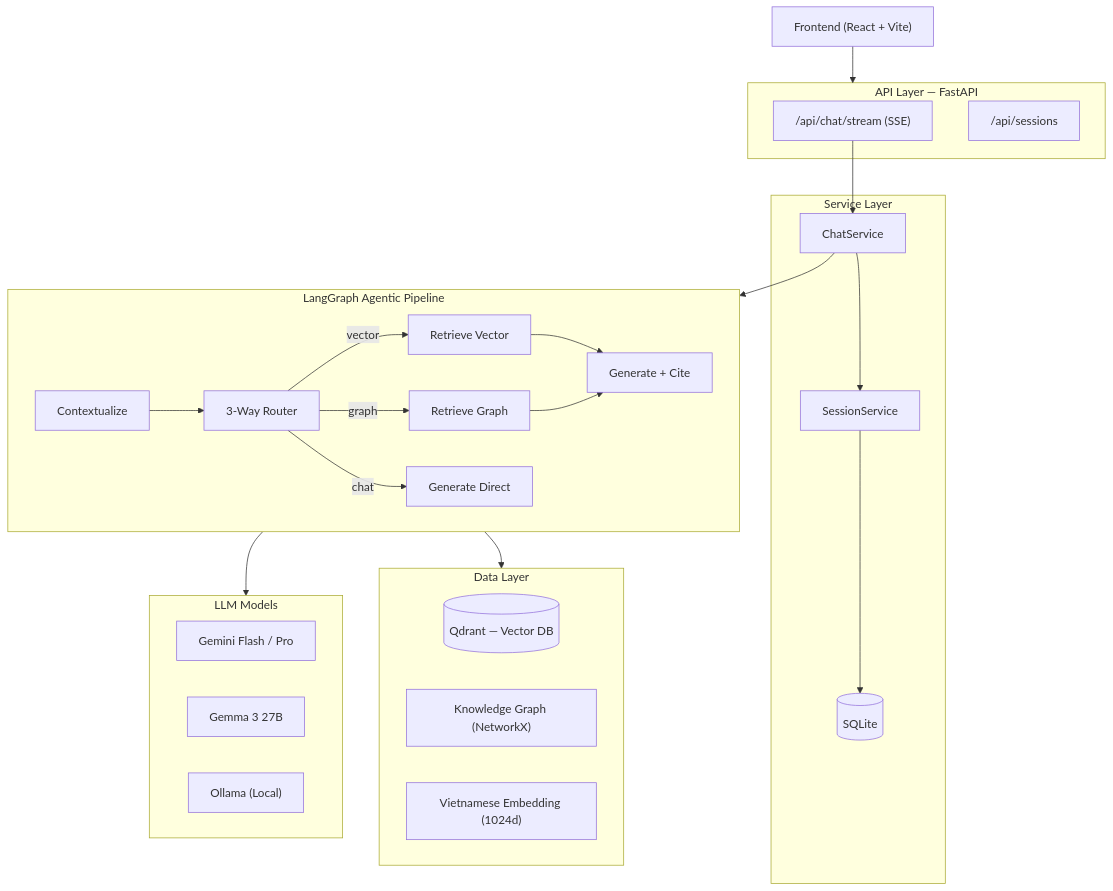
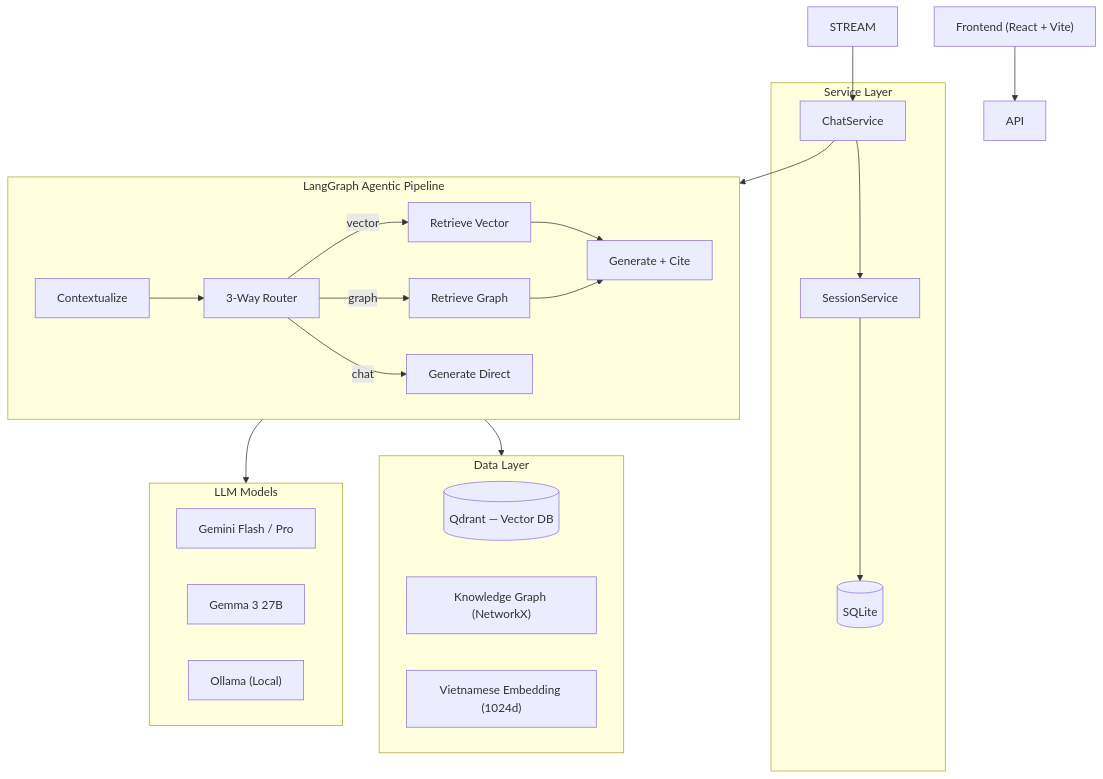
Before and after one commit to cakho6179/RagLaw: the first of 2 diagrams in README.md, drawn with Mermaid.

Commit message:
Update flowchart by removing API subgraph
Removed API subgraph from the flowchart in README.

````diff
--- a/README.md
+++ b/README.md
@@ -92,41 +92,37 @@
 ```mermaid
 flowchart TB
     Client["Frontend (React + Vite)"] --> API
 
-    subgraph API["API Layer — FastAPI"]
-        STREAM["/api/chat/stream (SSE)"]
-        SESS["/api/sessions"]
-    end
 
     subgraph Service["Service Layer"]
         CS["ChatService"] --> SS["SessionService"]
         SS --> DB[("SQLite")]
     end
 
     subgraph Pipeline["LangGraph Agentic Pipeline"]
         direction LR
         CTX["Contextualize"] --> ROUTE["3-Way Router"]
         ROUTE -->|vector| RV["Retrieve Vector"]
         ROUTE -->|graph| RG["Retrieve Graph"]
         ROUTE -->|chat| GD["Generate Direct"]
         RV --> GEN["Generate + Cite"]
         RG --> GEN
     end
 
     subgraph Data["Data Layer"]
         QD[("Qdrant — Vector DB")]
         KG["Knowledge Graph (NetworkX)"]
         EMB["Vietnamese Embedding (1024d)"]
     end
 
     subgraph LLMs["LLM Models"]
         GF["Gemini Flash / Pro"]
         GM["Gemma 3 27B"]
         OL["Ollama (Local)"]
     end
 
     STREAM --> CS
     CS --> Pipeline
     Pipeline --> Data
     Pipeline --> LLMs
 ```
````
